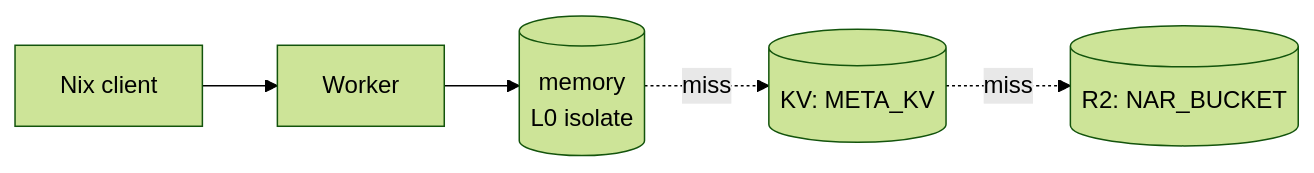
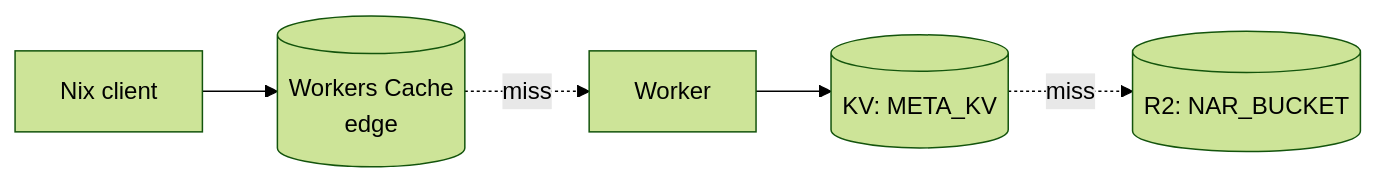
Before and after one commit to T4ko0522/cf-edgeNix: the first of 4 diagrams in README.ja.md, drawn with Mermaid (forest theme). The commit also changed other lines of this file and 3 other files, not shown here.

First line of the commit message:
docs(cache): 📝 キャッシュ階層を Workers Cache 構成に改訂

````diff
--- a/README.ja.md
+++ b/README.ja.md
@@ -26,7 +26,7 @@
 ```mermaid
 flowchart LR
-    Client[Nix client] --> W[Worker]
-    W --> MEM[(memory<br/>L0 isolate)]
-    MEM -. miss .-> KV[(KV: META_KV)]
+    Client[Nix client] --> WC[(Workers Cache<br/>edge)]
+    WC -. miss .-> W[Worker]
+    W --> KV[(KV: META_KV)]
     KV -. miss .-> R2[(R2: NAR_BUCKET)]
 ```
````
